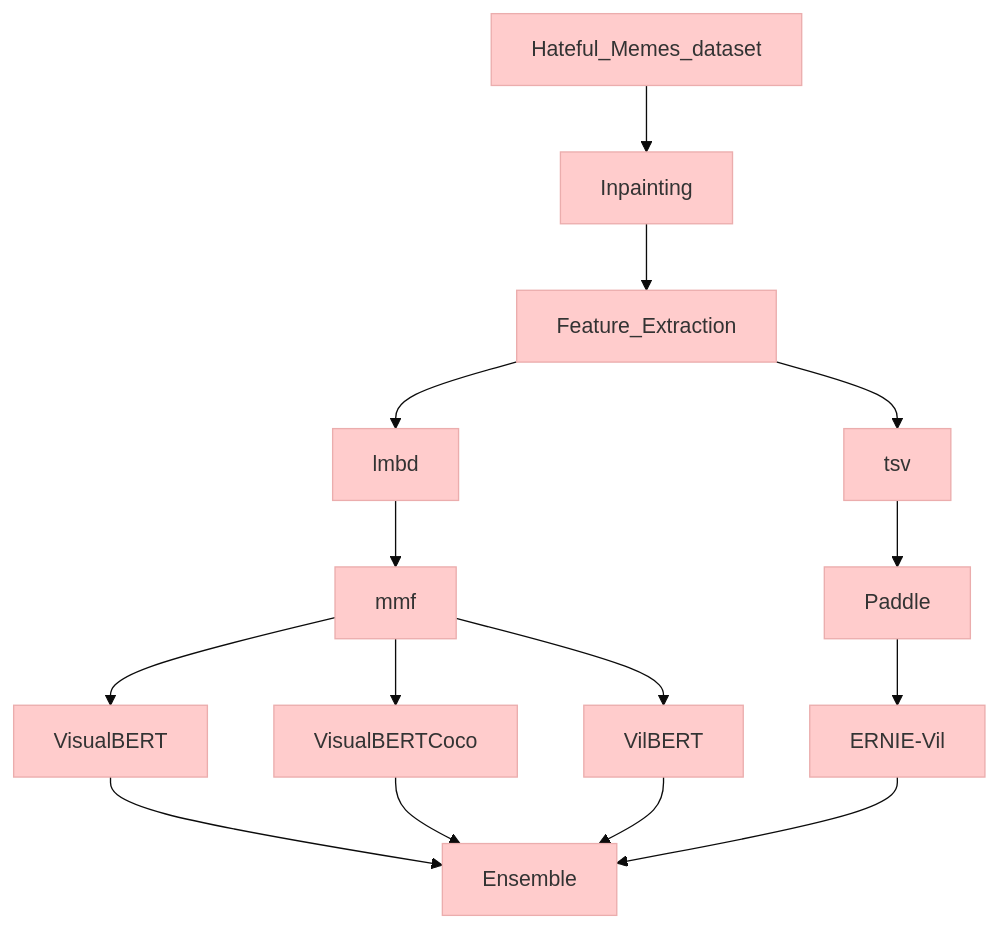
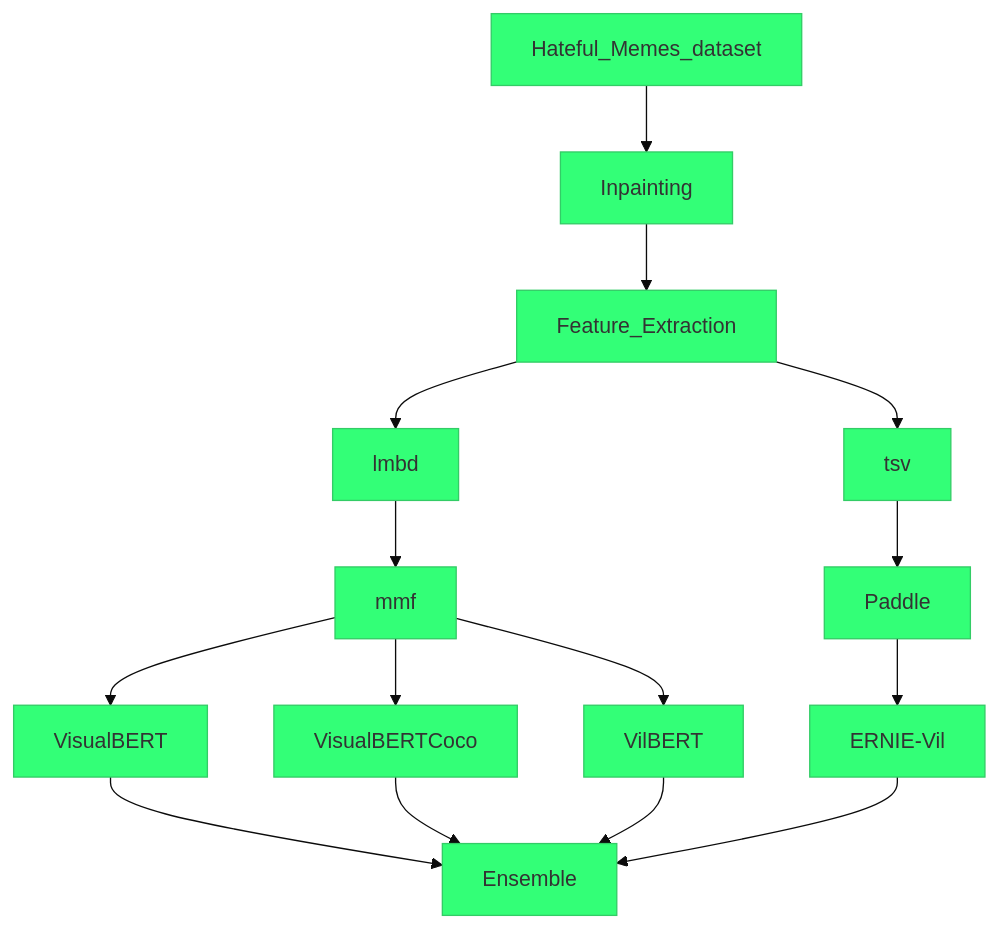
One commit to JanLeyva/approach_TFM changed the diagram in README.md. Above: the diagram before and after it, drawn with Mermaid.

````diff
--- a/README.md
+++ b/README.md
@@ -8,18 +8,18 @@
 ```mermaid
-%%{init: {'theme': 'base', 'themeVariables': { 'primaryColor': '#ffcccc', 'edgeLabelBackground':'#ffffee', 'tertiaryColor': '#fff0f0'}}}%%
+%%{init: {'theme': 'base', 'themeVariables': { 'primaryColor': '#33FF77', 'edgeLabelBackground':'#030600', 'tertiaryColor': '#33CAFF'}}}%%
   graph TD;
       Hateful_Memes_dataset-->Inpainting;
       Inpainting-->Feature_Extraction
       Feature_Extraction-->lmbd;
       Feature_Extraction-->tsv;
       tsv-->Paddle;
       Paddle-->ERNIE-Vil;
       lmbd-->mmf;
       mmf-->VisualBERT;
 	  mmf-->VisualBERTCoco;
       mmf-->VilBERT;
       VisualBERT-->Ensemble;
       VisualBERTCoco-->Ensemble;
       VilBERT-->Ensemble;
       ERNIE-Vil-->Ensemble;
 ```
````
